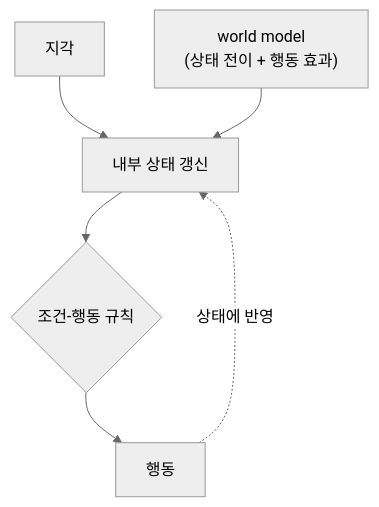
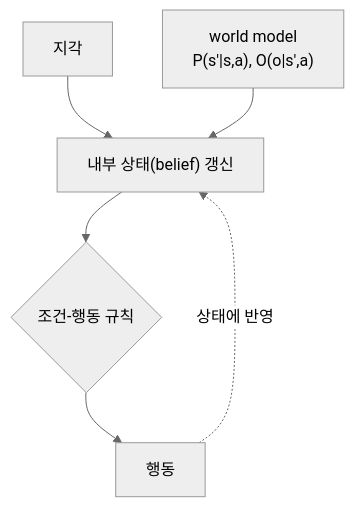
Before and after one commit to wonbeomjang/wonbeomjang.github.io: the fifth of 13 diagrams in _posts/2026-05-20-what-is-an-agent.md, drawn with Mermaid (neutral theme). The commit also changed other lines of this file, not shown here.

````diff
--- a/_posts/2026-05-20-what-is-an-agent.md
+++ b/_posts/2026-05-20-what-is-an-agent.md
@@ -111,8 +203,8 @@
 ```mermaid
 graph TD
-    P["지각"] --> ST["내부 상태 갱신"]
-    M["world model<br/>(상태 전이 + 행동 효과)"] --> ST
+    P["지각"] --> ST["내부 상태(belief) 갱신"]
+    M["world model<br/>P(s'|s,a), O(o|s',a)"] --> ST
     ST --> C{"조건-행동 규칙"}
     C --> A["행동"]
     A -.->|"상태에 반영"| ST
 ```
````
